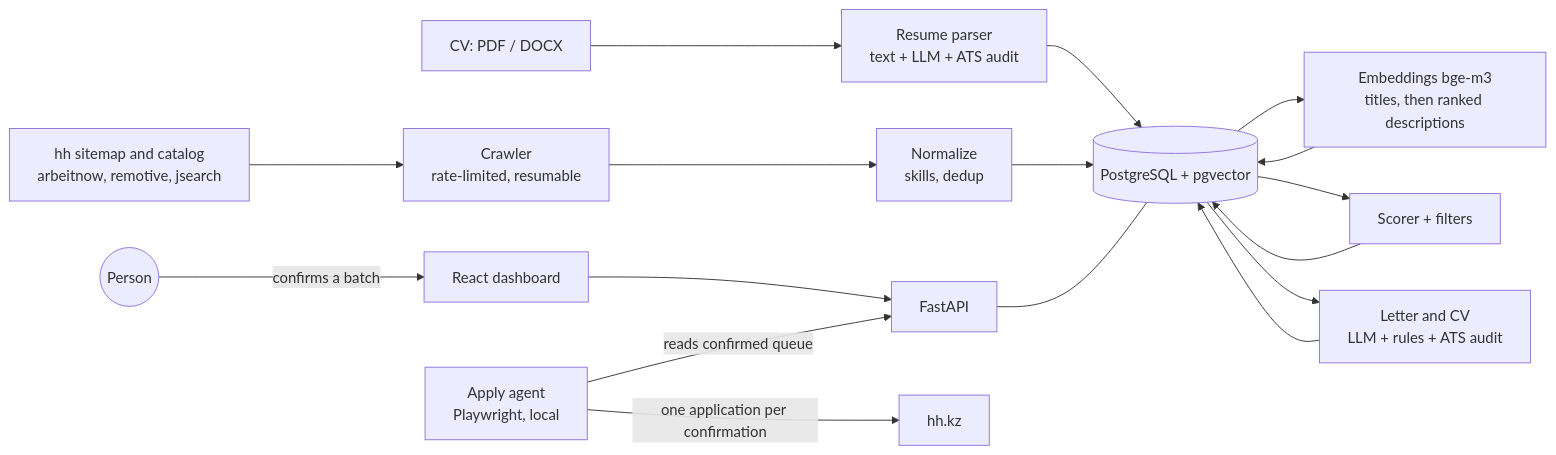
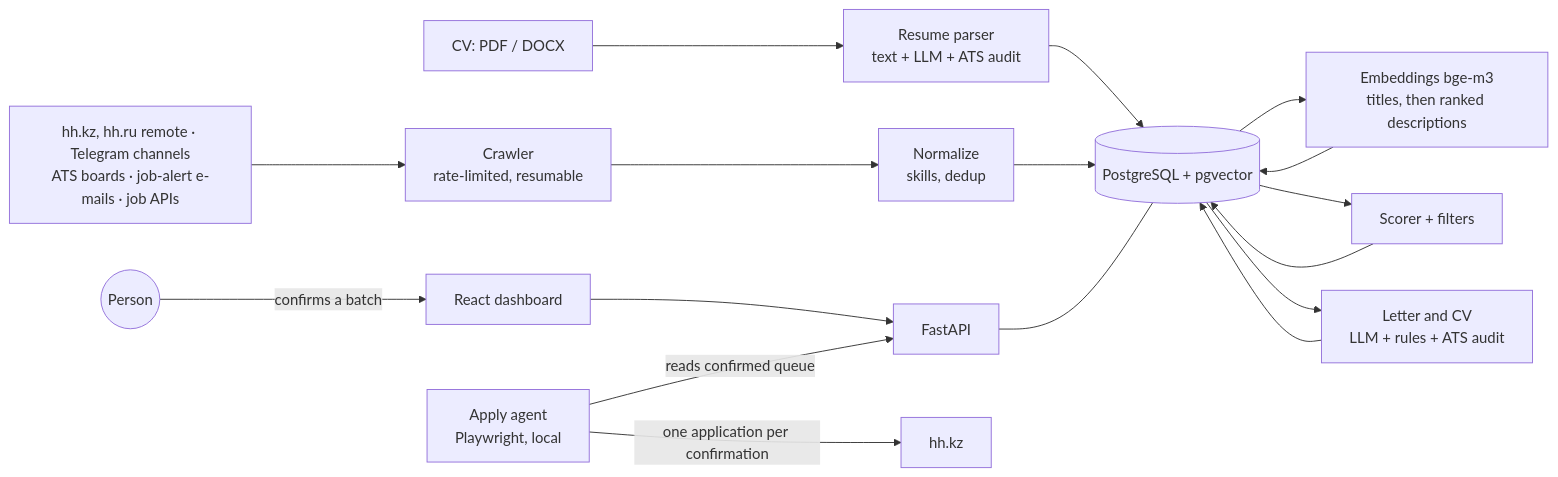
One commit to nurzhan2/who-wants-an-offer changed the diagram in README.md. Above: the diagram before and after it, drawn with Mermaid. The commit also changed other lines of this file and 1 other file, not shown here.

First line of the commit message:
docs: README for several CVs, the new sources, Telegram and mail; phase-22 report

````diff
--- a/README.md
+++ b/README.md
@@ -27,19 +28,19 @@
 ```mermaid
 flowchart LR
   CV[CV: PDF / DOCX] --> RP[Resume parser<br/>text + LLM + ATS audit]
-  SRC[hh sitemap and catalog<br/>arbeitnow, remotive, jsearch] --> CR[Crawler<br/>rate-limited, resumable]
+  SRC[hh.kz, hh.ru remote · Telegram channels<br/>ATS boards · job-alert e-mails · job APIs] --> CR[Crawler<br/>rate-limited, resumable]
   CR --> NO[Normalize<br/>skills, dedup]
   RP --> DB[(PostgreSQL + pgvector)]
   NO --> DB
   DB --> EM[Embeddings bge-m3<br/>titles, then ranked descriptions]
   EM --> DB
   DB --> SC[Scorer + filters]
   SC --> DB
   DB --> GEN[Letter and CV<br/>LLM + rules + ATS audit]
   GEN --> DB
   UI[React dashboard] --> API[FastAPI]
   API --- DB
   P((Person)) -->|confirms a batch| UI
   AG[Apply agent<br/>Playwright, local] -->|reads confirmed queue| API
   AG -->|one application per confirmation| HH[hh.kz]
 ```
````
